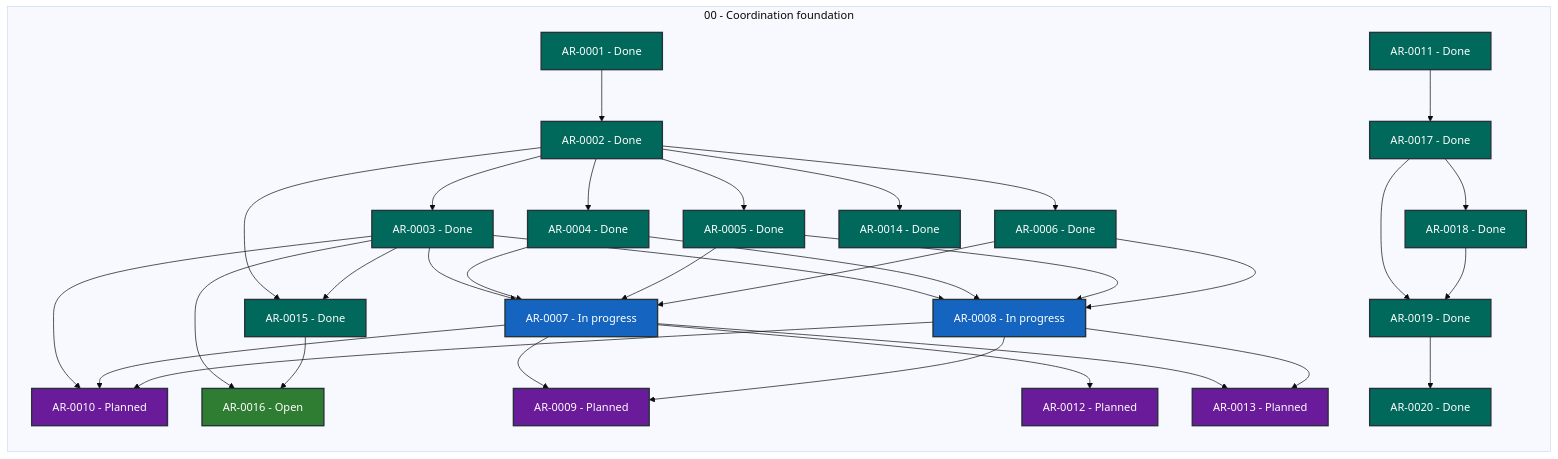
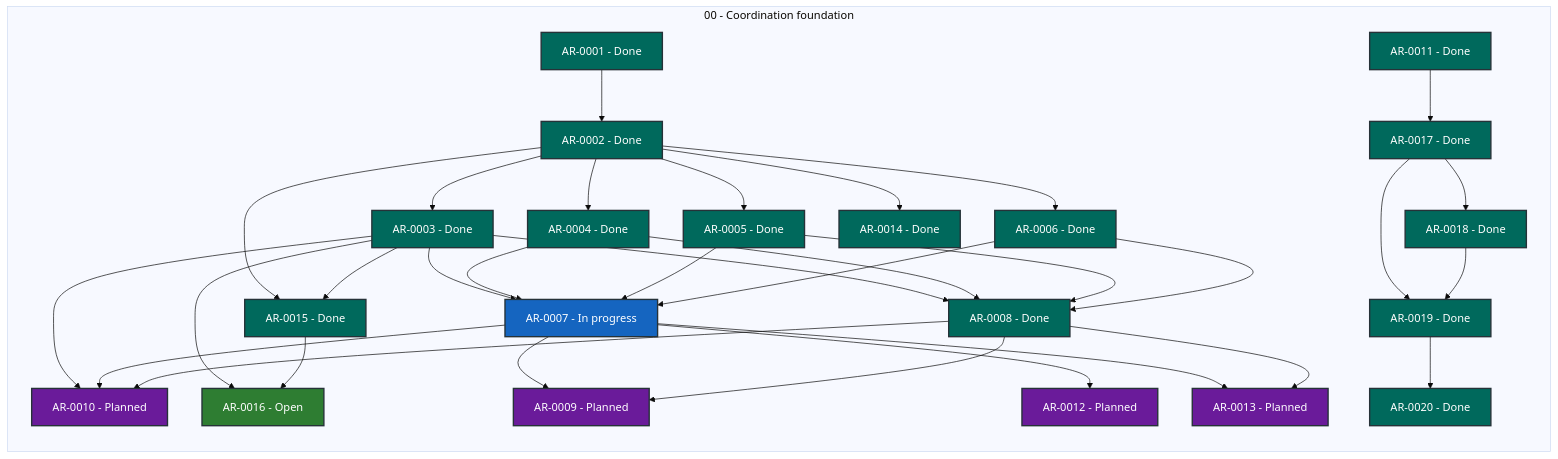
The diagram in STATUS.md (martin-beck/agent-workflow-coordinator-state), drawn with Mermaid (base theme) before and after one commit. The commit also changed other lines of this file and 2 other files, not shown here.

````diff
--- a/STATUS.md
+++ b/STATUS.md
@@ -27,65 +27,65 @@
 ```mermaid
 flowchart LR
     subgraph series_00["00 - Coordination foundation"]
         direction TB
         AR_0001["AR-0001 - Done"]:::status_done
         AR_0002["AR-0002 - Done"]:::status_done
         AR_0003["AR-0003 - Done"]:::status_done
         AR_0004["AR-0004 - Done"]:::status_done
         AR_0005["AR-0005 - Done"]:::status_done
         AR_0006["AR-0006 - Done"]:::status_done
         AR_0007["AR-0007 - In progress"]:::status_in_progress
-        AR_0008["AR-0008 - In progress"]:::status_in_progress
+        AR_0008["AR-0008 - Done"]:::status_done
         AR_0009["AR-0009 - Planned"]:::status_planned
         AR_0010["AR-0010 - Planned"]:::status_planned
         AR_0011["AR-0011 - Done"]:::status_done
         AR_0012["AR-0012 - Planned"]:::status_planned
         AR_0013["AR-0013 - Planned"]:::status_planned
         AR_0014["AR-0014 - Done"]:::status_done
         AR_0015["AR-0015 - Done"]:::status_done
         AR_0016["AR-0016 - Open"]:::status_open
         AR_0017["AR-0017 - Done"]:::status_done
         AR_0018["AR-0018 - Done"]:::status_done
         AR_0019["AR-0019 - Done"]:::status_done
         AR_0020["AR-0020 - Done"]:::status_done
     end
     AR_0001 --> AR_0002
     AR_0002 --> AR_0003
     AR_0002 --> AR_0004
     AR_0002 --> AR_0005
     AR_0002 --> AR_0006
     AR_0002 --> AR_0014
     AR_0002 --> AR_0015
     AR_0003 --> AR_0007
     AR_0003 --> AR_0008
     AR_0003 --> AR_0010
     AR_0003 --> AR_0015
     AR_0003 --> AR_0016
     AR_0004 --> AR_0007
     AR_0004 --> AR_0008
     AR_0005 --> AR_0007
     AR_0005 --> AR_0008
     AR_0006 --> AR_0007
     AR_0006 --> AR_0008
     AR_0007 --> AR_0009
     AR_0007 --> AR_0010
     AR_0007 --> AR_0012
     AR_0007 --> AR_0013
     AR_0008 --> AR_0009
     AR_0008 --> AR_0010
     AR_0008 --> AR_0013
     AR_0011 --> AR_0017
     AR_0015 --> AR_0016
     AR_0017 --> AR_0018
     AR_0017 --> AR_0019
     AR_0018 --> AR_0019
     AR_0019 --> AR_0020
     classDef status_in_progress fill:#1565c0,color:#ffffff,stroke:#263238,stroke-width:2px
     classDef status_open fill:#2e7d32,color:#ffffff,stroke:#263238,stroke-width:2px
     classDef status_blocked fill:#c62828,color:#ffffff,stroke:#263238,stroke-width:2px
     classDef status_planned fill:#6a1b9a,color:#ffffff,stroke:#263238,stroke-width:2px
     classDef status_future fill:#455a64,color:#ffffff,stroke:#263238,stroke-width:2px
     classDef status_done fill:#00695c,color:#ffffff,stroke:#263238,stroke-width:2px
     classDef status_cancelled fill:#616161,color:#ffffff,stroke:#263238,stroke-width:2px
     classDef status_superseded fill:#5d4037,color:#ffffff,stroke:#263238,stroke-width:2px
 ```
````
